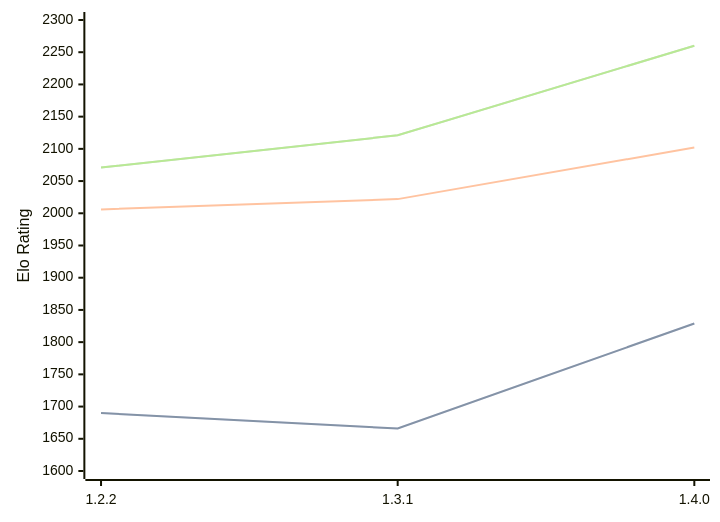
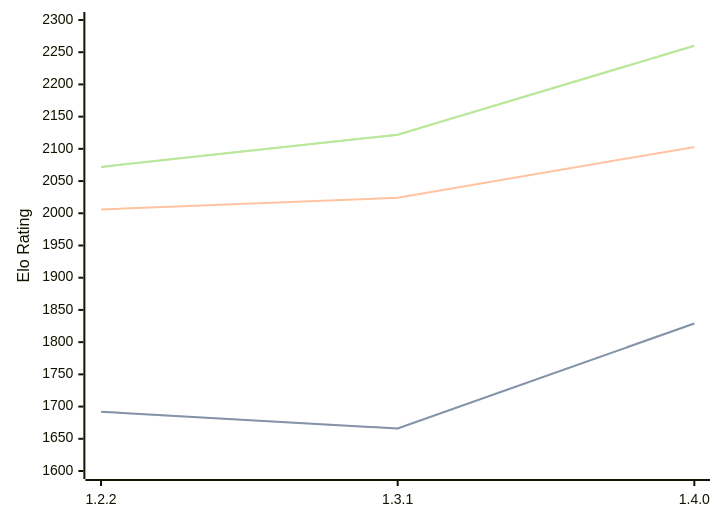
One commit to computer-chess-index/cci changed the diagram in engines/SoloEngine.md. Above: the diagram before and after it, drawn with Mermaid. The commit also changed other lines of this file, not shown here.

Commit message:
Update CCI Ratings (ELO VLTC) - 2026-02-18

````diff
--- a/engines/SoloEngine.md
+++ b/engines/SoloEngine.md
@@ -30,11 +30,11 @@
 ```mermaid
 %%{init: {"theme":"base","themeVariables":{"seriesColors:['#a3a3a3','#222221','#faa371']}}}%%
 xychart-beta
   x-axis ["1.2.2", "1.3.1", "1.4.0"]
   y-axis "Elo Rating" 1600 --> 2300
-  line "STC (8.0+0.08s)" [1690, 1666, 1829]
-  line "STC (8.0+0.08s)" [1690, 1666, 1829]
-  line "LTC (60.0+0.60s)" [2006, 2022, 2102]
-  line "VLTC (2m24s+1.12s)" [2071, 2121, 2260]
-  line "VLTC (2m24s+1.12s)" [2071, 2121, 2260]
+  line "STC (8.0+0.08s)" [1692, 1666, 1829]
+  line "STC (8.0+0.08s)" [1692, 1666, 1829]
+  line "LTC (60.0+0.60s)" [2006, 2024, 2103]
+  line "VLTC (2m24s+1.12s)" [2072, 2122, 2260]
+  line "VLTC (2m24s+1.12s)" [2072, 2122, 2260]
 ```
````
